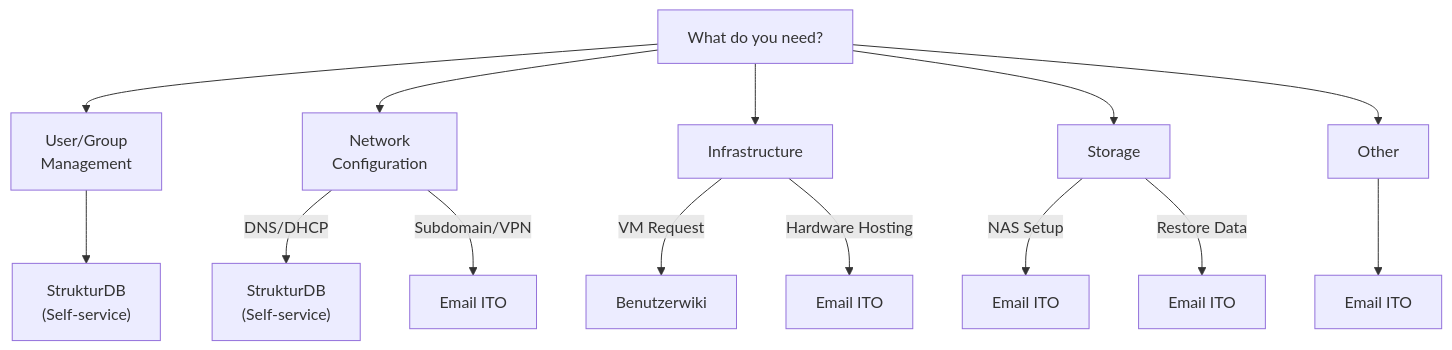
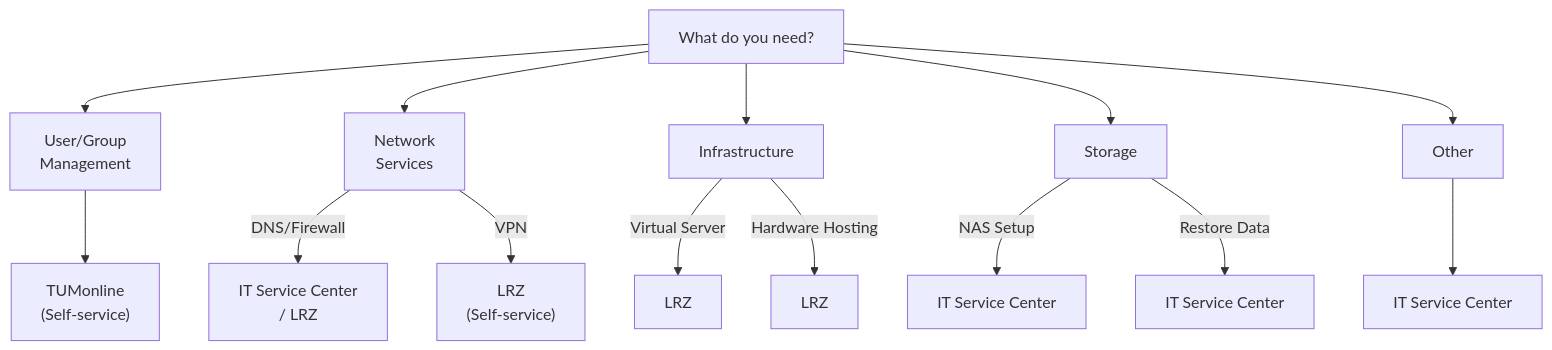
The diagram in en/chapters/08-quick-reference.qmd (jtimo/tum-ito-admin-guide), drawn with Mermaid before and after one commit. The commit also changed other lines of this file and 21 other files, not shown here.

````diff
--- a/en/chapters/08-quick-reference.qmd
+++ b/en/chapters/08-quick-reference.qmd
@@ -26,20 +28,20 @@
 ```{mermaid}
 %%| fig-cap: "Service Request Decision Tree"
 flowchart TB
     Task["What do you need?"]
 
     Task --> User["User/Group<br/>Management"]
-    Task --> Network["Network<br/>Configuration"]
+    Task --> Network["Network<br/>Services"]
     Task --> Infra["Infrastructure"]
     Task --> Storage["Storage"]
     Task --> Other["Other"]
 
-    User --> StrukturDB1["StrukturDB<br/>(Self-service)"]
-    Network --> |DNS/DHCP| StrukturDB2["StrukturDB<br/>(Self-service)"]
-    Network --> |Subdomain/VPN| Email1["Email ITO"]
-    Infra --> |VM Request| Wiki["Benutzerwiki"]
-    Infra --> |Hardware Hosting| Email2["Email ITO"]
-    Storage --> |NAS Setup| Email3["Email ITO"]
-    Storage --> |Restore Data| Email4["Email ITO"]
-    Other --> Email5["Email ITO"]
+    User --> TUMonline1["TUMonline<br/>(Self-service)"]
+    Network --> |DNS/Firewall| ITSZ1["IT Service Center<br/>/ LRZ"]
+    Network --> |VPN| LRZ1["LRZ<br/>(Self-service)"]
+    Infra --> |Virtual Server| LRZ2["LRZ"]
+    Infra --> |Hardware Hosting| LRZ3["LRZ"]
+    Storage --> |NAS Setup| ITSZ2["IT Service Center"]
+    Storage --> |Restore Data| ITSZ3["IT Service Center"]
+    Other --> ITSZ4["IT Service Center"]
 ```
````
